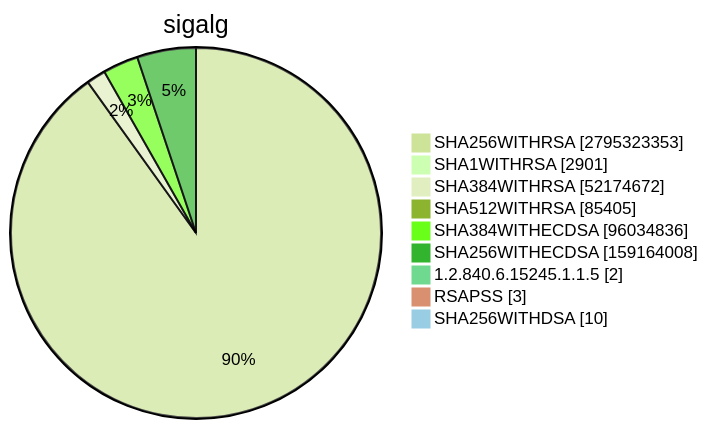
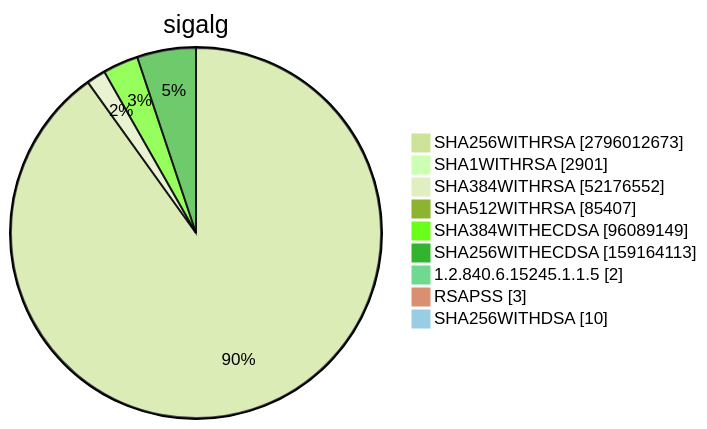
Before and after one commit to christiankrug/ctmonitor_visualization: diagram 15 of 15 in TOTAL/README.md, drawn with Mermaid (forest theme). The commit also changed other lines of this file, not shown here.

````diff
--- a/TOTAL/README.md
+++ b/TOTAL/README.md
@@ -6205,13 +6205,13 @@
 ```mermaid
 pie showData
 title sigalg
-"SHA256WITHRSA" :2795323353
+"SHA256WITHRSA" :2796012673
 "SHA1WITHRSA" :2901
-"SHA384WITHRSA" :52174672
-"SHA512WITHRSA" :85405
-"SHA384WITHECDSA" :96034836
-"SHA256WITHECDSA" :159164008
+"SHA384WITHRSA" :52176552
+"SHA512WITHRSA" :85407
+"SHA384WITHECDSA" :96089149
+"SHA256WITHECDSA" :159164113
 "1.2.840.6.15245.1.1.5" :2
 "RSAPSS" :3
 "SHA256WITHDSA" :10
 ```
````
